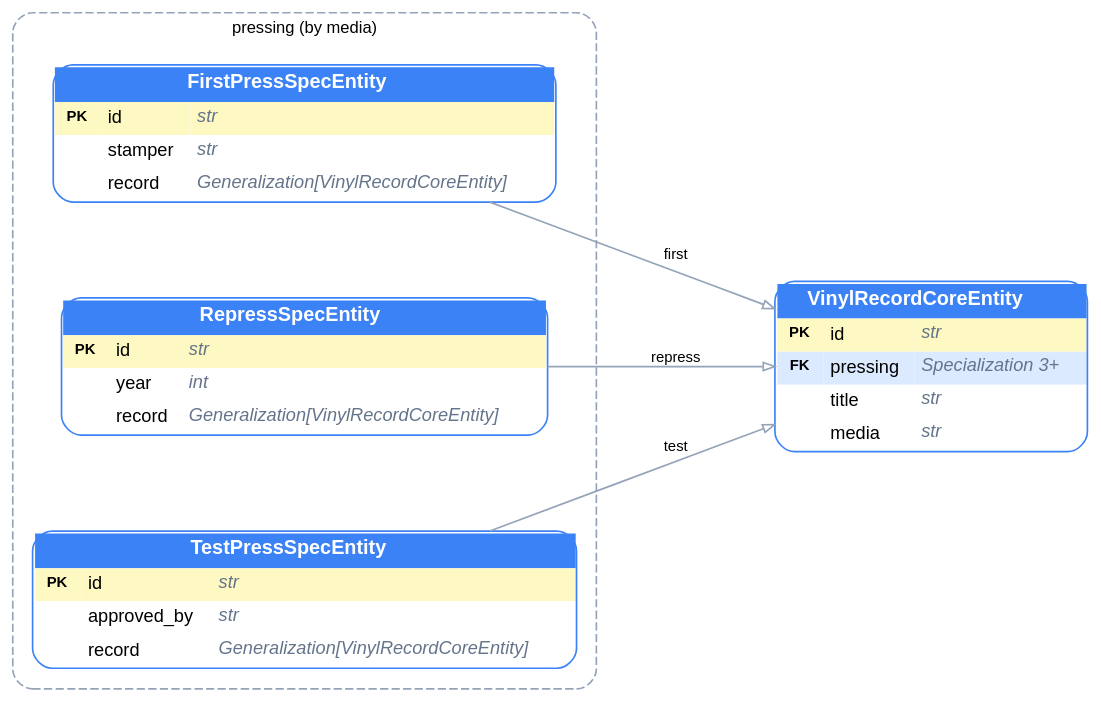
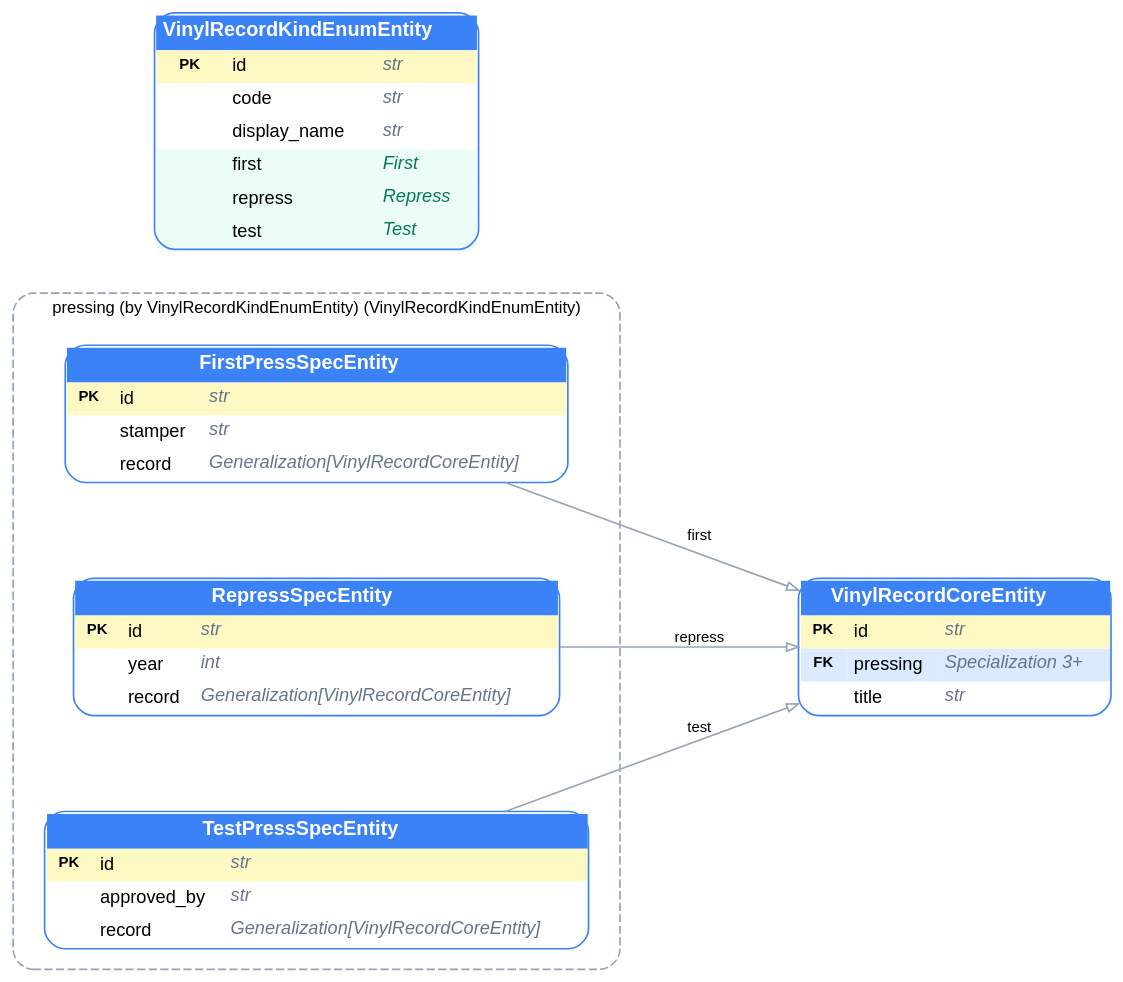
One commit to bystrovmaxim/aoa changed the diagram in examples/step_21_relations/02_specialization_erd.dot. Above: the diagram before and after it, drawn with Graphviz. The commit also changed 151 other files, not shown here.

```diff
--- a/examples/step_21_relations/02_specialization_erd.dot
+++ b/examples/step_21_relations/02_specialization_erd.dot
@@ -1,30 +1,34 @@
 digraph ERD {
   graph [rankdir=LR fontname="Helvetica" bgcolor=transparent pad="0.5" nodesep="0.8" ranksep="1.2"]
   node  [shape=none fontname="Helvetica" fontsize=11 margin="0"]
   edge  [fontname="Helvetica" fontsize=9 color="#94a3b8" arrowsize=0.7]
 
   subgraph "cluster_VinylRecordCoreEntity:pressing" {
-    label="pressing (by media)";
+    label="pressing (by VinylRecordKindEnumEntity) (VinylRecordKindEnumEntity)";
     style="rounded,dashed";
     color="#94a3b8";
     fontsize=10;
     margin=12;
   "FirstPressSpecEntity" [label=<<TABLE BGCOLOR="white" BORDER="1" CELLBORDER="0" CELLSPACING="0" CELLPADDING="4" STYLE="ROUNDED" COLOR="#3b82f6"><TR><TD COLSPAN="3" BGCOLOR="#3b82f6" ALIGN="CENTER"><FONT COLOR="white" POINT-SIZE="12"><B>FirstPressSpecEntity</B></FONT></TD></TR><TR><TD BGCOLOR="#fef9c3" ALIGN="CENTER" WIDTH="28"><FONT POINT-SIZE="9"><B>PK</B></FONT></TD><TD BGCOLOR="#fef9c3" ALIGN="LEFT">id</TD><TD BGCOLOR="#fef9c3" ALIGN="LEFT"><FONT COLOR="#64748b"><I>str</I></FONT></TD></TR>
       <TR><TD BGCOLOR="#ffffff" WIDTH="28"></TD><TD BGCOLOR="#ffffff" ALIGN="LEFT">stamper</TD><TD BGCOLOR="#ffffff" ALIGN="LEFT"><FONT COLOR="#64748b"><I>str</I></FONT></TD></TR>
       <TR><TD BGCOLOR="#ffffff" WIDTH="28"></TD><TD BGCOLOR="#ffffff" ALIGN="LEFT">record</TD><TD BGCOLOR="#ffffff" ALIGN="LEFT"><FONT COLOR="#64748b"><I>Generalization[VinylRecordCoreEntity]</I></FONT></TD></TR></TABLE>>]
   "RepressSpecEntity" [label=<<TABLE BGCOLOR="white" BORDER="1" CELLBORDER="0" CELLSPACING="0" CELLPADDING="4" STYLE="ROUNDED" COLOR="#3b82f6"><TR><TD COLSPAN="3" BGCOLOR="#3b82f6" ALIGN="CENTER"><FONT COLOR="white" POINT-SIZE="12"><B>RepressSpecEntity</B></FONT></TD></TR><TR><TD BGCOLOR="#fef9c3" ALIGN="CENTER" WIDTH="28"><FONT POINT-SIZE="9"><B>PK</B></FONT></TD><TD BGCOLOR="#fef9c3" ALIGN="LEFT">id</TD><TD BGCOLOR="#fef9c3" ALIGN="LEFT"><FONT COLOR="#64748b"><I>str</I></FONT></TD></TR>
       <TR><TD BGCOLOR="#ffffff" WIDTH="28"></TD><TD BGCOLOR="#ffffff" ALIGN="LEFT">year</TD><TD BGCOLOR="#ffffff" ALIGN="LEFT"><FONT COLOR="#64748b"><I>int</I></FONT></TD></TR>
       <TR><TD BGCOLOR="#ffffff" WIDTH="28"></TD><TD BGCOLOR="#ffffff" ALIGN="LEFT">record</TD><TD BGCOLOR="#ffffff" ALIGN="LEFT"><FONT COLOR="#64748b"><I>Generalization[VinylRecordCoreEntity]</I></FONT></TD></TR></TABLE>>]
   "TestPressSpecEntity" [label=<<TABLE BGCOLOR="white" BORDER="1" CELLBORDER="0" CELLSPACING="0" CELLPADDING="4" STYLE="ROUNDED" COLOR="#3b82f6"><TR><TD COLSPAN="3" BGCOLOR="#3b82f6" ALIGN="CENTER"><FONT COLOR="white" POINT-SIZE="12"><B>TestPressSpecEntity</B></FONT></TD></TR><TR><TD BGCOLOR="#fef9c3" ALIGN="CENTER" WIDTH="28"><FONT POINT-SIZE="9"><B>PK</B></FONT></TD><TD BGCOLOR="#fef9c3" ALIGN="LEFT">id</TD><TD BGCOLOR="#fef9c3" ALIGN="LEFT"><FONT COLOR="#64748b"><I>str</I></FONT></TD></TR>
       <TR><TD BGCOLOR="#ffffff" WIDTH="28"></TD><TD BGCOLOR="#ffffff" ALIGN="LEFT">approved_by</TD><TD BGCOLOR="#ffffff" ALIGN="LEFT"><FONT COLOR="#64748b"><I>str</I></FONT></TD></TR>
       <TR><TD BGCOLOR="#ffffff" WIDTH="28"></TD><TD BGCOLOR="#ffffff" ALIGN="LEFT">record</TD><TD BGCOLOR="#ffffff" ALIGN="LEFT"><FONT COLOR="#64748b"><I>Generalization[VinylRecordCoreEntity]</I></FONT></TD></TR></TABLE>>]
   }
   "VinylRecordCoreEntity" [label=<<TABLE BGCOLOR="white" BORDER="1" CELLBORDER="0" CELLSPACING="0" CELLPADDING="4" STYLE="ROUNDED" COLOR="#3b82f6"><TR><TD COLSPAN="3" BGCOLOR="#3b82f6" ALIGN="CENTER"><FONT COLOR="white" POINT-SIZE="12"><B>VinylRecordCoreEntity</B></FONT></TD></TR><TR><TD BGCOLOR="#fef9c3" ALIGN="CENTER" WIDTH="28"><FONT POINT-SIZE="9"><B>PK</B></FONT></TD><TD BGCOLOR="#fef9c3" ALIGN="LEFT">id</TD><TD BGCOLOR="#fef9c3" ALIGN="LEFT"><FONT COLOR="#64748b"><I>str</I></FONT></TD></TR>
       <TR><TD BGCOLOR="#dbeafe" ALIGN="CENTER" WIDTH="28"><FONT POINT-SIZE="9"><B>FK</B></FONT></TD><TD BGCOLOR="#dbeafe" ALIGN="LEFT">pressing</TD><TD BGCOLOR="#dbeafe" ALIGN="LEFT" TOOLTIP="first → FirstPressSpecEntity&#10;repress → RepressSpecEntity&#10;test → TestPressSpecEntity"><FONT COLOR="#64748b"><I>Specialization 3+</I></FONT></TD></TR>
-      <TR><TD BGCOLOR="#ffffff" WIDTH="28"></TD><TD BGCOLOR="#ffffff" ALIGN="LEFT">title</TD><TD BGCOLOR="#ffffff" ALIGN="LEFT"><FONT COLOR="#64748b"><I>str</I></FONT></TD></TR>
-      <TR><TD BGCOLOR="#ffffff" WIDTH="28"></TD><TD BGCOLOR="#ffffff" ALIGN="LEFT">media</TD><TD BGCOLOR="#ffffff" ALIGN="LEFT"><FONT COLOR="#64748b"><I>str</I></FONT></TD></TR></TABLE>>]
+      <TR><TD BGCOLOR="#ffffff" WIDTH="28"></TD><TD BGCOLOR="#ffffff" ALIGN="LEFT">title</TD><TD BGCOLOR="#ffffff" ALIGN="LEFT"><FONT COLOR="#64748b"><I>str</I></FONT></TD></TR></TABLE>>]
+  "VinylRecordKindEnumEntity" [label=<<TABLE BGCOLOR="white" BORDER="1" CELLBORDER="0" CELLSPACING="0" CELLPADDING="4" STYLE="ROUNDED" COLOR="#3b82f6"><TR><TD COLSPAN="3" BGCOLOR="#3b82f6" ALIGN="CENTER"><FONT COLOR="white" POINT-SIZE="12"><B>VinylRecordKindEnumEntity</B></FONT></TD></TR><TR><TD BGCOLOR="#fef9c3" ALIGN="CENTER" WIDTH="28"><FONT POINT-SIZE="9"><B>PK</B></FONT></TD><TD BGCOLOR="#fef9c3" ALIGN="LEFT">id</TD><TD BGCOLOR="#fef9c3" ALIGN="LEFT"><FONT COLOR="#64748b"><I>str</I></FONT></TD></TR>
+      <TR><TD BGCOLOR="#ffffff" WIDTH="28"></TD><TD BGCOLOR="#ffffff" ALIGN="LEFT">code</TD><TD BGCOLOR="#ffffff" ALIGN="LEFT"><FONT COLOR="#64748b"><I>str</I></FONT></TD></TR>
+      <TR><TD BGCOLOR="#ffffff" WIDTH="28"></TD><TD BGCOLOR="#ffffff" ALIGN="LEFT">display_name</TD><TD BGCOLOR="#ffffff" ALIGN="LEFT"><FONT COLOR="#64748b"><I>str</I></FONT></TD></TR><TR><TD BGCOLOR="#ecfdf5" WIDTH="28"></TD><TD BGCOLOR="#ecfdf5" ALIGN="LEFT">first</TD><TD BGCOLOR="#ecfdf5" ALIGN="LEFT"><FONT COLOR="#047857"><I>First</I></FONT></TD></TR>
+      <TR><TD BGCOLOR="#ecfdf5" WIDTH="28"></TD><TD BGCOLOR="#ecfdf5" ALIGN="LEFT">repress</TD><TD BGCOLOR="#ecfdf5" ALIGN="LEFT"><FONT COLOR="#047857"><I>Repress</I></FONT></TD></TR>
+      <TR><TD BGCOLOR="#ecfdf5" WIDTH="28"></TD><TD BGCOLOR="#ecfdf5" ALIGN="LEFT">test</TD><TD BGCOLOR="#ecfdf5" ALIGN="LEFT"><FONT COLOR="#047857"><I>Test</I></FONT></TD></TR></TABLE>>]
 
   "FirstPressSpecEntity" -> "VinylRecordCoreEntity" [label="first" fontsize=9 arrowhead=empty]
   "RepressSpecEntity" -> "VinylRecordCoreEntity" [label="repress" fontsize=9 arrowhead=empty]
   "TestPressSpecEntity" -> "VinylRecordCoreEntity" [label="test" fontsize=9 arrowhead=empty]
 }
```
